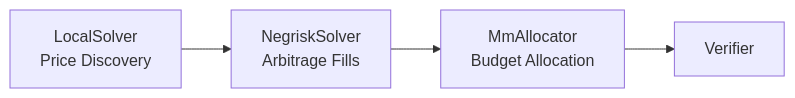
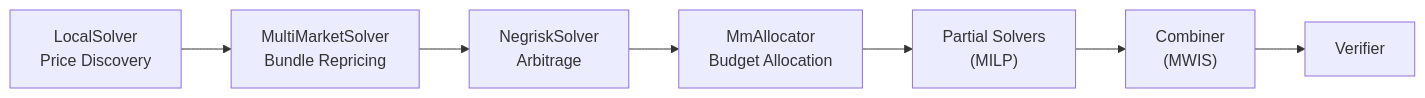
The diagram in docs/technical/matching-engine.mdx (MetaB0y/sybil), drawn with Mermaid before and after one commit. The commit also changed other lines of this file and 4 other files, not shown here.

````diff
--- a/docs/technical/matching-engine.mdx
+++ b/docs/technical/matching-engine.mdx
@@ -41,6 +41,9 @@
 ```mermaid
 graph LR
-    LS["LocalSolver<br/>Price Discovery"] --> NS["NegriskSolver<br/>Arbitrage Fills"]
+    LS["LocalSolver<br/>Price Discovery"] --> MMS["MultiMarketSolver<br/>Bundle Repricing"]
+    MMS --> NS["NegriskSolver<br/>Arbitrage"]
     NS --> MA["MmAllocator<br/>Budget Allocation"]
-    MA --> V[Verifier]
+    MA --> PS["Partial Solvers<br/>(MILP)"]
+    PS --> C["Combiner<br/>(MWIS)"]
+    C --> V["Verifier"]
 ```
````
